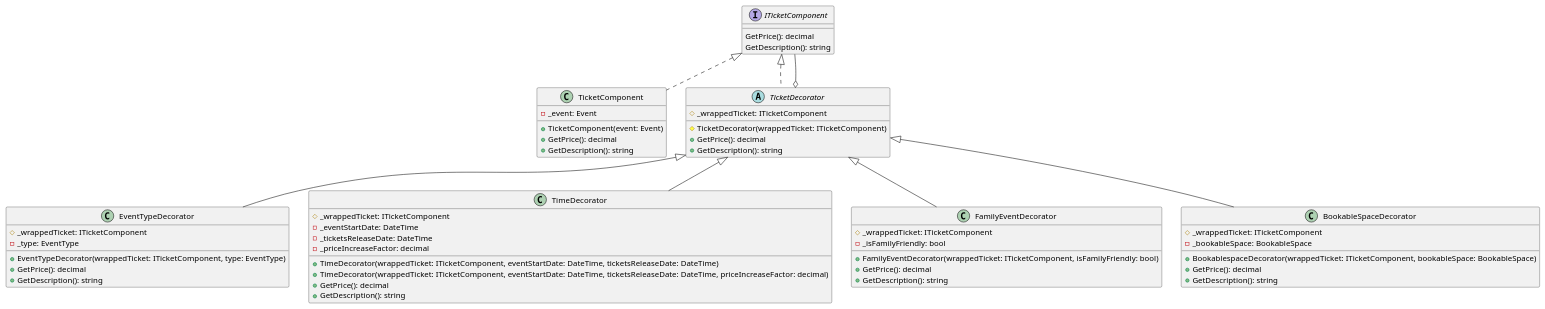
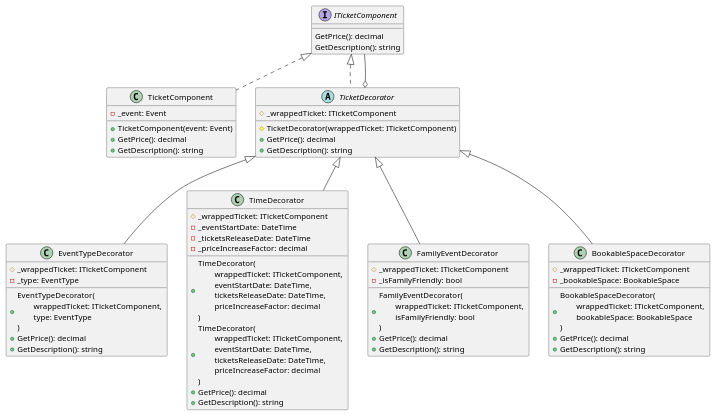
The diagram in docs/price-decorator.puml (Mossberg1/ObjektOrienteradDesignBiljettShoppen), drawn with PlantUML before and after one commit. The commit also changed 5 other files, not shown here.

```diff
--- a/docs/price-decorator.puml
+++ b/docs/price-decorator.puml
@@ -1,65 +1,65 @@
 @startuml
 
 interface ITicketComponent {
     GetPrice(): decimal
     GetDescription(): string
 }
 
 class TicketComponent {
     - _event: Event
     + TicketComponent(event: Event)
     + GetPrice(): decimal
     + GetDescription(): string
 }
 
 abstract class TicketDecorator {
     # _wrappedTicket: ITicketComponent
     # TicketDecorator(wrappedTicket: ITicketComponent)
     + GetPrice(): decimal
     + GetDescription(): string
 }
 
 class EventTypeDecorator {
     # _wrappedTicket: ITicketComponent
     - _type: EventType
-    + EventTypeDecorator(wrappedTicket: ITicketComponent, type: EventType)
+    + EventTypeDecorator(\n\twrappedTicket: ITicketComponent, \n\ttype: EventType\n)
     + GetPrice(): decimal
     + GetDescription(): string
 }
 
 class TimeDecorator {
     # _wrappedTicket: ITicketComponent
     - _eventStartDate: DateTime
     - _ticketsReleaseDate: DateTime
     - _priceIncreaseFactor: decimal
-    + TimeDecorator(wrappedTicket: ITicketComponent, eventStartDate: DateTime, ticketsReleaseDate: DateTime)
-    + TimeDecorator(wrappedTicket: ITicketComponent, eventStartDate: DateTime, ticketsReleaseDate: DateTime, priceIncreaseFactor: decimal)
+    + TimeDecorator(\n\twrappedTicket: ITicketComponent, \n\teventStartDate: DateTime, \n\tticketsReleaseDate: DateTime, \n\tpriceIncreaseFactor: decimal\n)
+    + TimeDecorator(\n\twrappedTicket: ITicketComponent, \n\teventStartDate: DateTime, \n\tticketsReleaseDate: DateTime, \n\tpriceIncreaseFactor: decimal\n)
     + GetPrice(): decimal
     + GetDescription(): string
 }
 
 class FamilyEventDecorator {
     # _wrappedTicket: ITicketComponent
     - _isFamilyFriendly: bool
-    + FamilyEventDecorator(wrappedTicket: ITicketComponent, isFamilyFriendly: bool)
+    + FamilyEventDecorator(\n\twrappedTicket: ITicketComponent, \n\tisFamilyFriendly: bool\n)
     + GetPrice(): decimal
     + GetDescription(): string
 }
 
 class BookableSpaceDecorator {
     # _wrappedTicket: ITicketComponent
     - _bookableSpace: BookableSpace
-    + BookablespaceDecorator(wrappedTicket: ITicketComponent, bookableSpace: BookableSpace)
+    + BookableSpaceDecorator(\n\twrappedTicket: ITicketComponent, \n\tbookableSpace: BookableSpace\n)
     + GetPrice(): decimal
     + GetDescription(): string
 }
 
 ITicketComponent  <|.. TicketComponent
 ITicketComponent <|.. TicketDecorator
 TicketDecorator o-- ITicketComponent
 TicketDecorator <|-- EventTypeDecorator
 TicketDecorator <|-- TimeDecorator
 TicketDecorator <|-- FamilyEventDecorator
 TicketDecorator <|-- BookableSpaceDecorator
 
 @enduml
```
